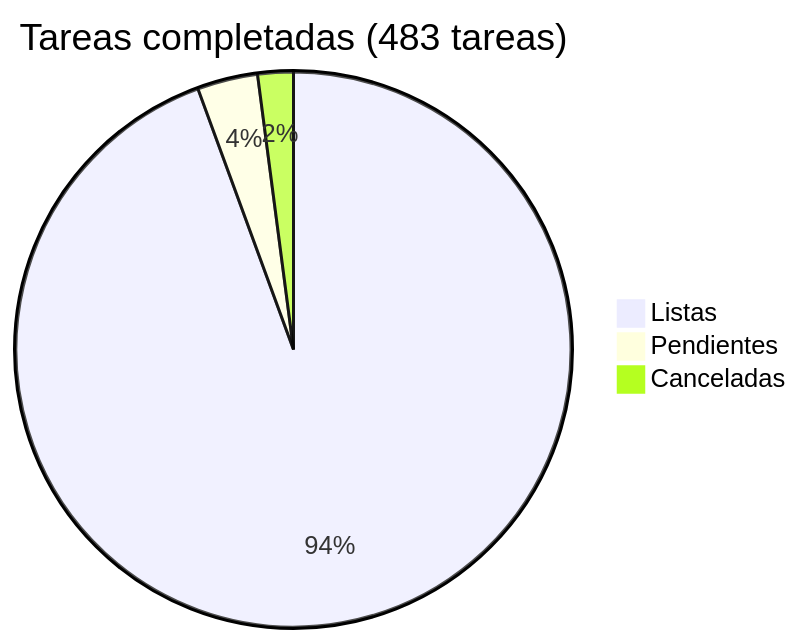
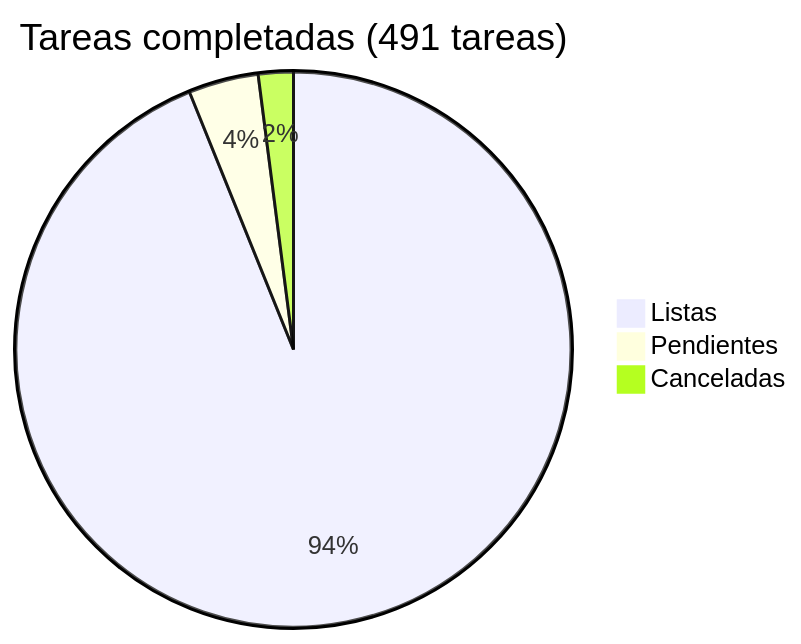
Before and after one commit to araguaney-lat/araguaney: the diagram in docs/roadmap/README.md, drawn with Mermaid. The commit also changed other lines of this file and 8 other files, not shown here.

````diff
--- a/docs/roadmap/README.md
+++ b/docs/roadmap/README.md
@@ -5,6 +5,6 @@
 ```mermaid
-pie title Tareas completadas (483 tareas)
-    "Listas" : 456
-    "Pendientes" : 17
+pie title Tareas completadas (491 tareas)
+    "Listas" : 461
+    "Pendientes" : 20
     "Canceladas" : 10
 ```
````
